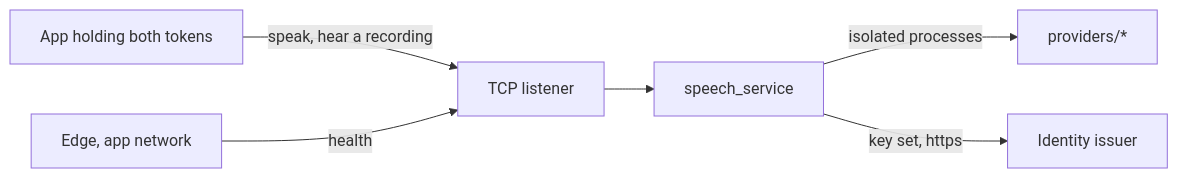
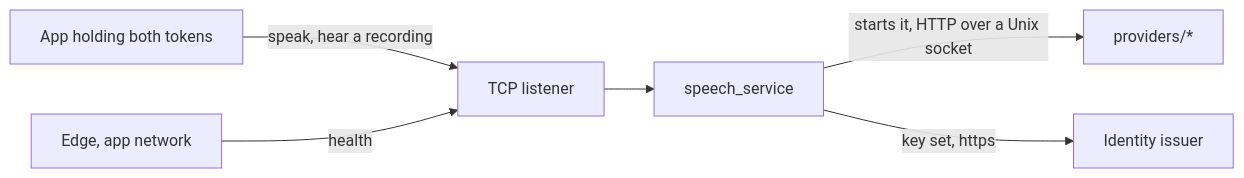
The diagram in docs/ARCHITECTURE.md (overnightworks/speech), drawn with Mermaid before and after one commit. The commit also changed other lines of this file and 35 other files, not shown here.

````diff
--- a/docs/ARCHITECTURE.md
+++ b/docs/ARCHITECTURE.md
@@ -16,8 +16,8 @@
 ```mermaid
 flowchart LR
     app[App holding both tokens] -->|speak, hear a recording| listener[TCP listener]
     edge[Edge, app network] -->|health| listener
     listener --> service[speech_service]
-    service -->|isolated processes| providers[providers/*]
+    service -->|starts it, HTTP over a Unix socket| providers[providers/*]
     service -->|key set, https| issuer[Identity issuer]
 ```
````
